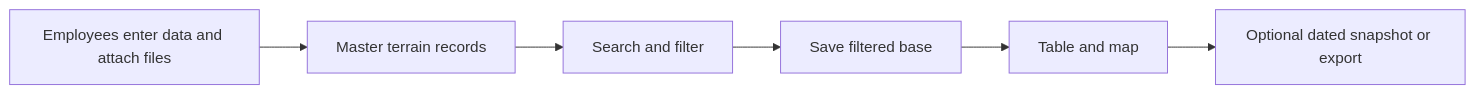
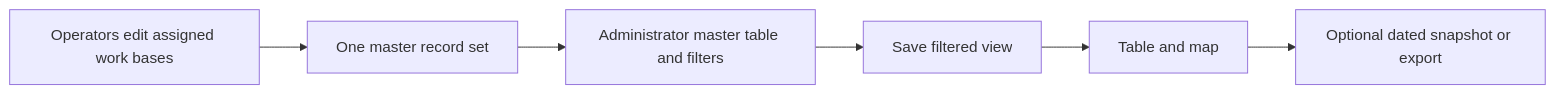
The diagram in reports/master-table-plan/MASTER_PLAN.md (Andre07-hash/ARA-MAP), drawn with Mermaid before and after one commit. The commit also changed other lines of this file and 9 other files, not shown here.

````diff
--- a/reports/master-table-plan/MASTER_PLAN.md
+++ b/reports/master-table-plan/MASTER_PLAN.md
@@ -66,8 +70,8 @@
 ```mermaid
 flowchart LR
-    A[Employees enter data and attach files] --> B[Master terrain records]
-    B --> C[Search and filter]
-    C --> D[Save filtered base]
+    A[Operators edit assigned work bases] --> B[One master record set]
+    B --> C[Administrator master table and filters]
+    C --> D[Save filtered view]
     D --> E[Table and map]
     E --> F[Optional dated snapshot or export]
 ```
````
